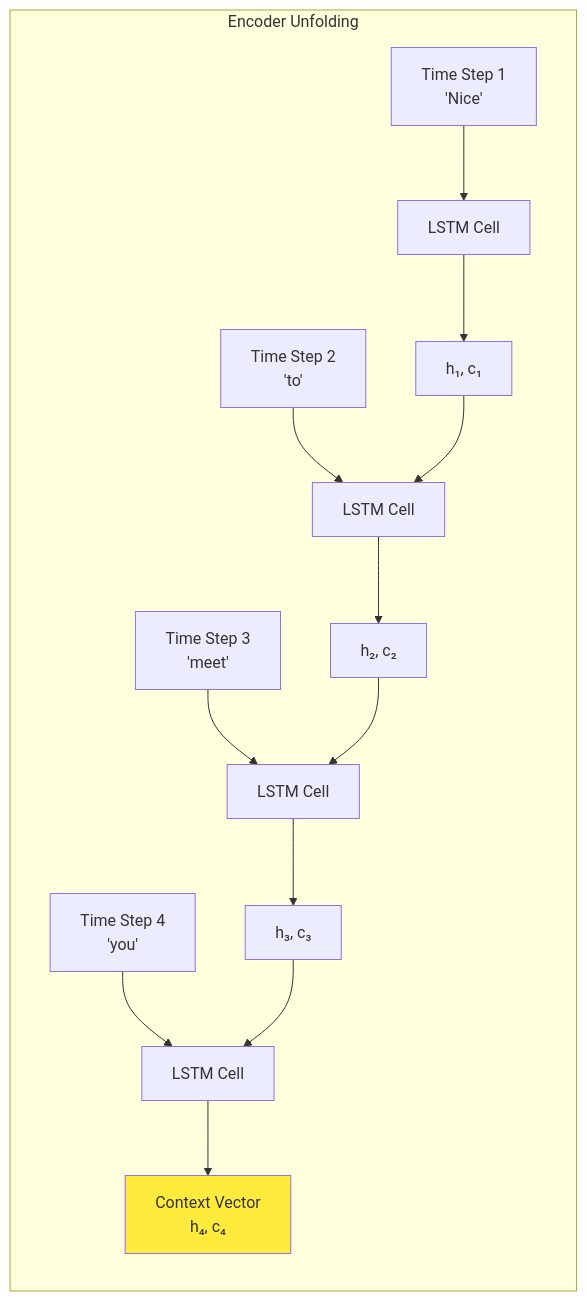
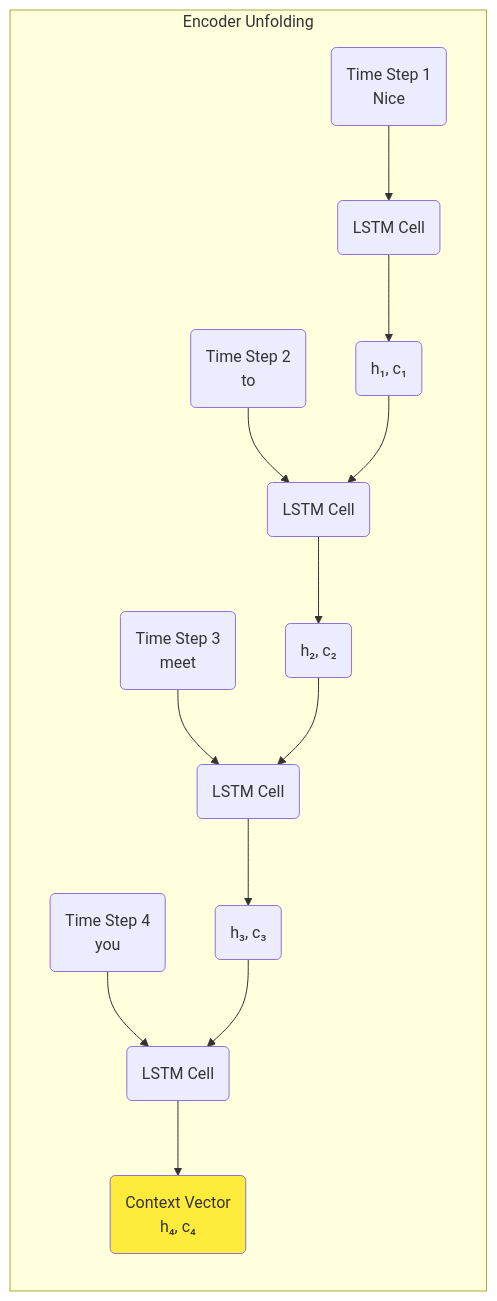
Before and after one commit to Sankhyesh/AI-Learning-Roadmap-2024: the sixth of 17 diagrams in CampusX/100-days-deep-learning/68-encoder-decoder-sequence-to-sequence-architecture.md, drawn with Mermaid. The commit also changed other lines of this file, not shown here.

Commit message:
feat: Enhance encoder-decoder architecture documentation with visualizations and detailed explanations of sequence-to-sequence challenges

````diff
--- a/CampusX/100-days-deep-learning/68-encoder-decoder-sequence-to-sequence-architecture.md
+++ b/CampusX/100-days-deep-learning/68-encoder-decoder-sequence-to-sequence-architecture.md
@@ -86,21 +207,21 @@
 ```mermaid
 graph LR
     subgraph "Encoder Unfolding"
-        T1["Time Step 1<br/>'Nice'"] --> L1["LSTM Cell"]
-        L1 --> H1["h₁, c₁"]
+        T1("Time Step 1<br/>Nice") --> L1("LSTM Cell")
+        L1 --> H1("h₁, c₁")
         
-        T2["Time Step 2<br/>'to'"] --> L2["LSTM Cell"]
+        T2("Time Step 2<br/>to") --> L2("LSTM Cell")
         H1 --> L2
-        L2 --> H2["h₂, c₂"]
+        L2 --> H2("h₂, c₂")
         
-        T3["Time Step 3<br/>'meet'"] --> L3["LSTM Cell"]
+        T3("Time Step 3<br/>meet") --> L3("LSTM Cell")
         H2 --> L3
-        L3 --> H3["h₃, c₃"]
+        L3 --> H3("h₃, c₃")
         
-        T4["Time Step 4<br/>'you'"] --> L4["LSTM Cell"]
+        T4("Time Step 4<br/>you") --> L4("LSTM Cell")
         H3 --> L4
-        L4 --> CV["Context Vector<br/>h₄, c₄"]
+        L4 --> CV("Context Vector<br/>h₄, c₄")
     end
     
     style CV fill:#ffeb3b
 ```
````
